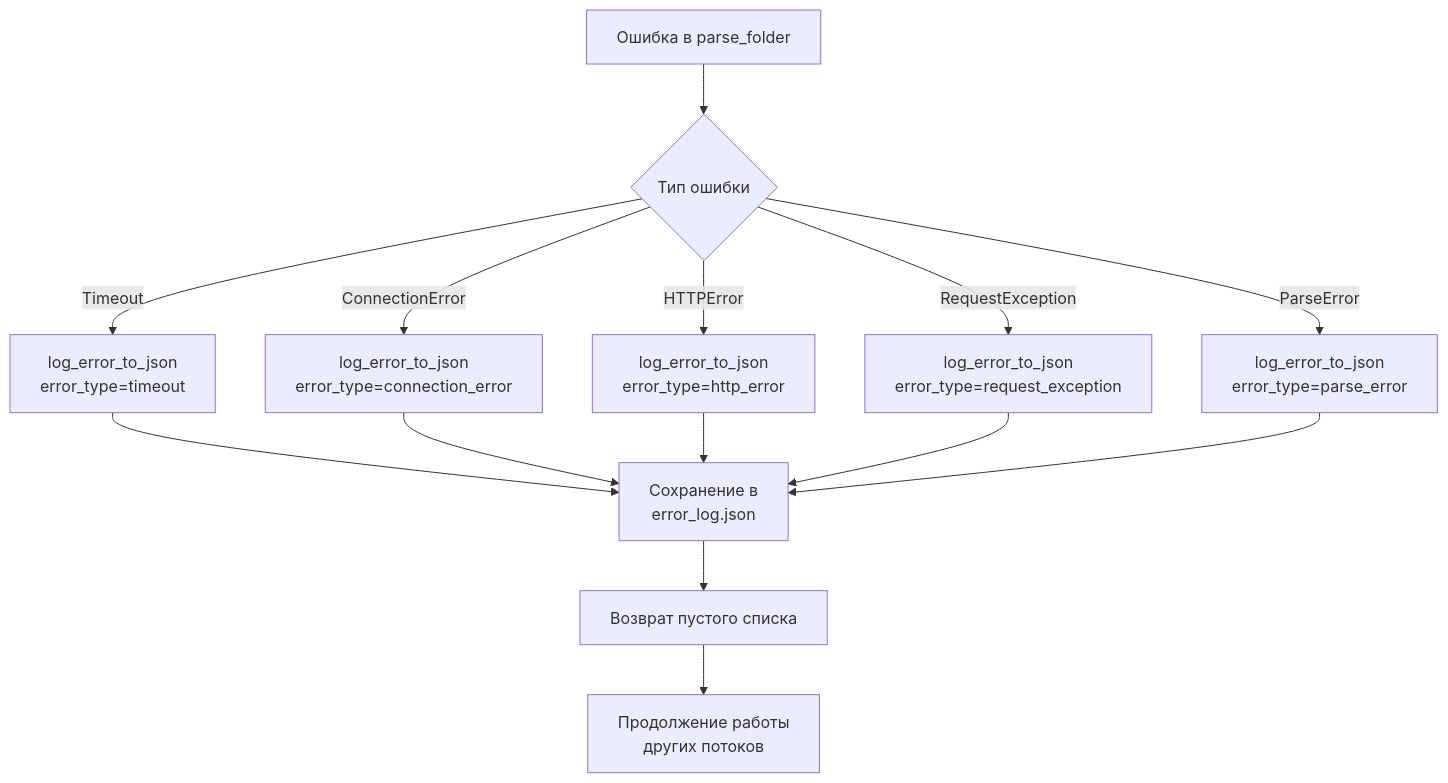
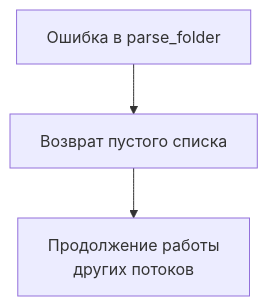
One commit to kop1ka/NavigatorMuseum changed the seventh of 7 diagrams in parser_flowchart.md. Above: the diagram before and after it, drawn with Mermaid. The commit also changed other lines of this file and 6 other files, not shown here.

First line of the commit message:
Remove error logging from parser and update flowchart documentation

````diff
--- a/parser_flowchart.md
+++ b/parser_flowchart.md
@@ -213,19 +205,5 @@
 ```mermaid
 flowchart TD
-    Error[Ошибка в parse_folder] --> CheckType{Тип ошибки}
-    
-    CheckType -->|Timeout| LogTimeout[log_error_to_json<br/>error_type=timeout]
-    CheckType -->|ConnectionError| LogConn[log_error_to_json<br/>error_type=connection_error]
-    CheckType -->|HTTPError| LogHTTP[log_error_to_json<br/>error_type=http_error]
-    CheckType -->|RequestException| LogReq[log_error_to_json<br/>error_type=request_exception]
-    CheckType -->|ParseError| LogParse[log_error_to_json<br/>error_type=parse_error]
-    
-    LogTimeout --> SaveError[Сохранение в<br/>error_log.json]
-    LogConn --> SaveError
-    LogHTTP --> SaveError
-    LogReq --> SaveError
-    LogParse --> SaveError
-    
-    SaveError --> ReturnEmpty[Возврат пустого списка]
+    Error[Ошибка в parse_folder] --> ReturnEmpty[Возврат пустого списка]
     ReturnEmpty --> Continue[Продолжение работы<br/>других потоков]
 ```
````
